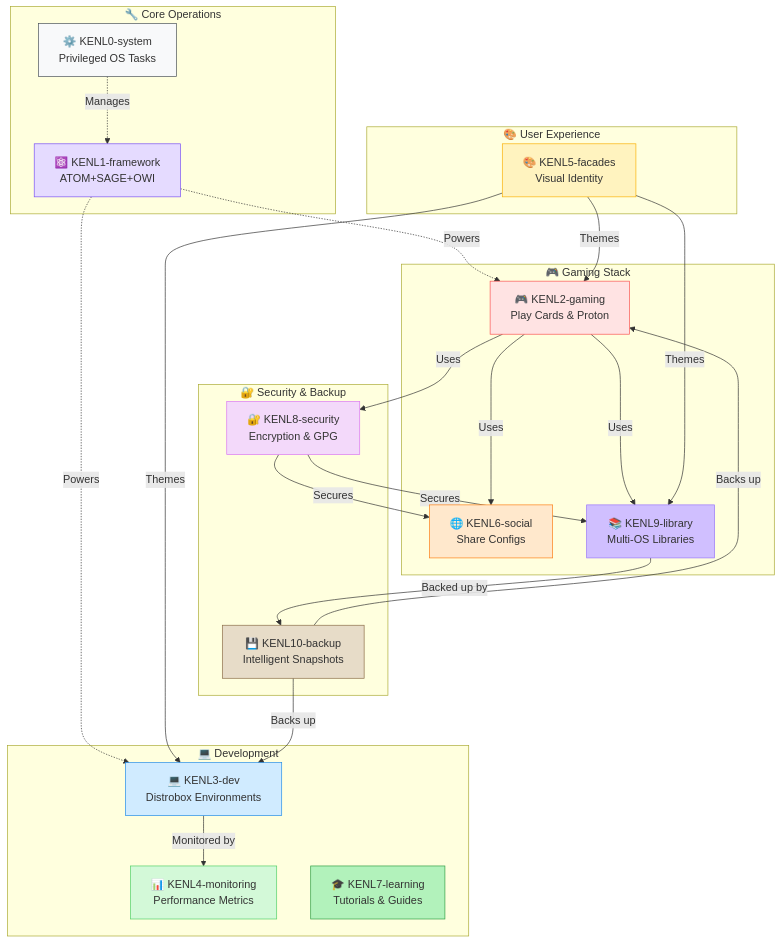
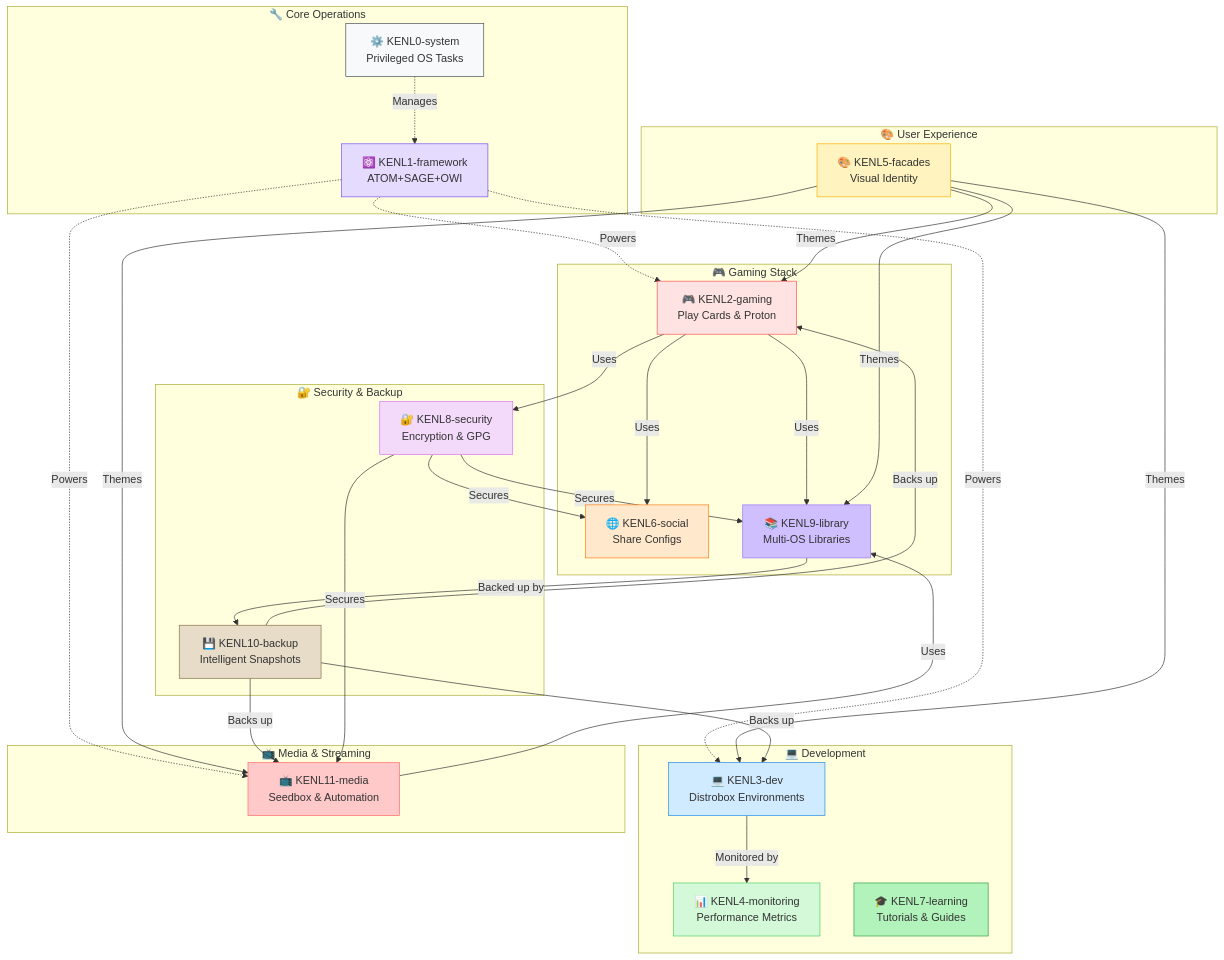
Before and after one commit to toolate28/kenl: the second of 9 diagrams in README.md, drawn with Mermaid. The commit also changed other lines of this file and 3 other files, not shown here.

````diff
--- a/README.md
+++ b/README.md
@@ -50,56 +50,66 @@
 ```mermaid
 graph TB
     subgraph Core["🔧 Core Operations"]
         KENL0[⚙️ KENL0-system<br/>Privileged OS Tasks]
         KENL1[⚛️ KENL1-framework<br/>ATOM+SAGE+OWI]
     end
 
     subgraph Gaming["🎮 Gaming Stack"]
         KENL2[🎮 KENL2-gaming<br/>Play Cards & Proton]
         KENL6[🌐 KENL6-social<br/>Share Configs]
         KENL9[📚 KENL9-library<br/>Multi-OS Libraries]
     end
 
     subgraph Development["💻 Development"]
         KENL3[💻 KENL3-dev<br/>Distrobox Environments]
         KENL4[📊 KENL4-monitoring<br/>Performance Metrics]
         KENL7[🎓 KENL7-learning<br/>Tutorials & Guides]
     end
 
+    subgraph Media["📺 Media & Streaming"]
+        KENL11[📺 KENL11-media<br/>Seedbox & Automation]
+    end
+
     subgraph UX["🎨 User Experience"]
         KENL5[🎨 KENL5-facades<br/>Visual Identity]
     end
 
     subgraph Security["🔐 Security & Backup"]
         KENL8[🔐 KENL8-security<br/>Encryption & GPG]
         KENL10[💾 KENL10-backup<br/>Intelligent Snapshots]
     end
 
     KENL0 -.->|Manages| KENL1
     KENL1 -.->|Powers| KENL2
     KENL1 -.->|Powers| KENL3
+    KENL1 -.->|Powers| KENL11
     KENL2 -->|Uses| KENL9
     KENL2 -->|Uses| KENL8
     KENL2 -->|Uses| KENL6
     KENL3 -->|Monitored by| KENL4
     KENL5 -->|Themes| KENL2
     KENL5 -->|Themes| KENL3
     KENL5 -->|Themes| KENL9
+    KENL5 -->|Themes| KENL11
     KENL9 -->|Backed up by| KENL10
     KENL10 -->|Backs up| KENL2
     KENL10 -->|Backs up| KENL3
+    KENL10 -->|Backs up| KENL11
     KENL8 -->|Secures| KENL6
     KENL8 -->|Secures| KENL9
+    KENL8 -->|Secures| KENL11
+    KENL11 -->|Uses| KENL9
 
     style KENL0 fill:#f8f9fa,stroke:#495057
     style KENL1 fill:#e5dbff,stroke:#7950f2
     style KENL2 fill:#ffe3e3,stroke:#fa5252
     style KENL3 fill:#d0ebff,stroke:#228be6
     style KENL4 fill:#d3f9d8,stroke:#51cf66
     style KENL5 fill:#fff3bf,stroke:#fab005
     style KENL6 fill:#ffe8cc,stroke:#fd7e14
     style KENL7 fill:#b2f2bb,stroke:#2f9e44
     style KENL8 fill:#f3d9fa,stroke:#da77f2
     style KENL9 fill:#d0bfff,stroke:#9775fa
     style KENL10 fill:#e7dcc8,stroke:#8b6d47
+    style KENL11 fill:#ffc9c9,stroke:#ff6b6b
 ```
````
